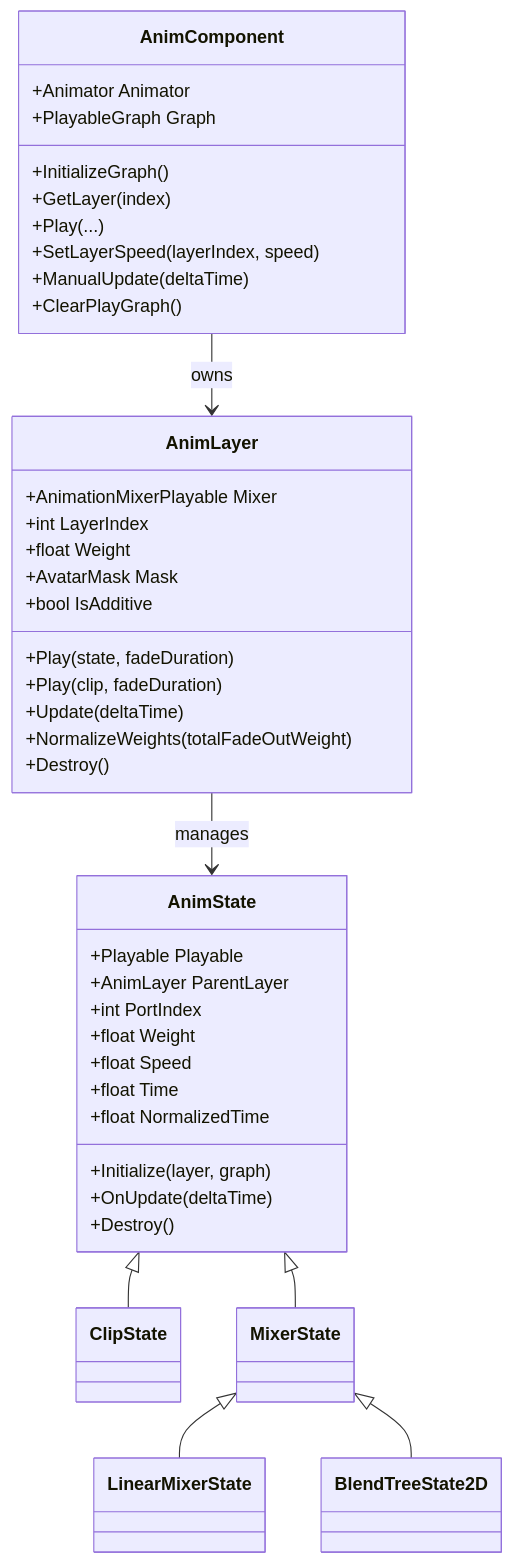
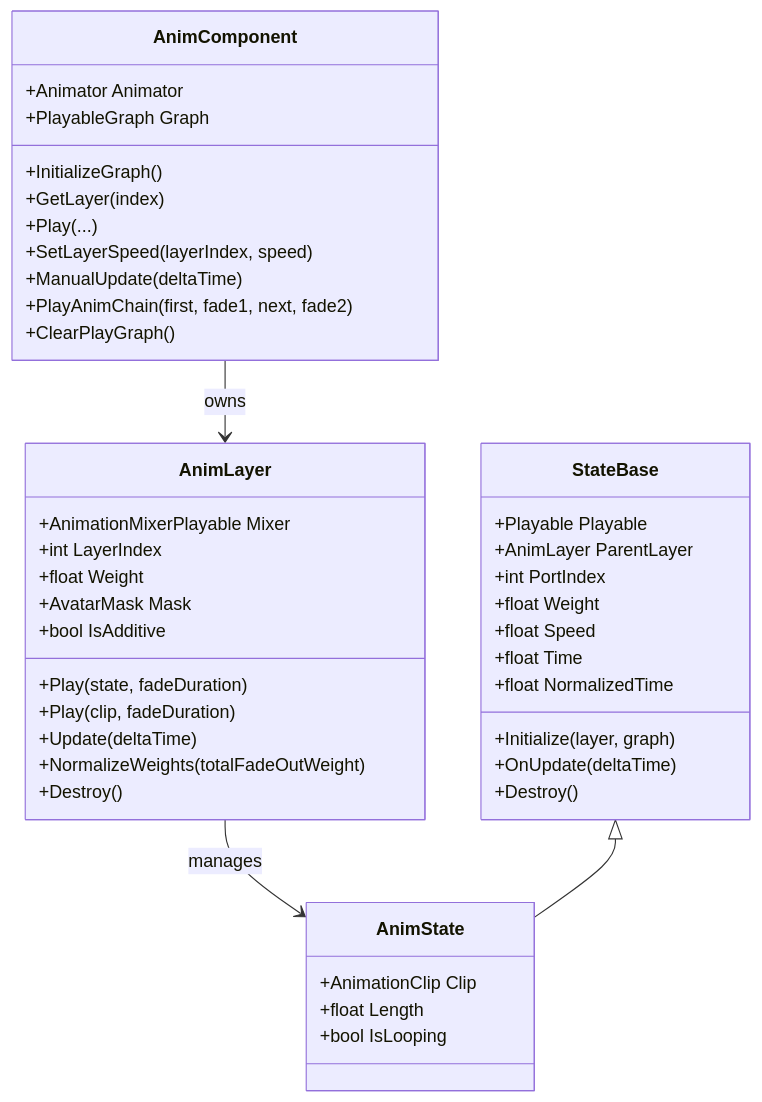
The first of 5 diagrams in Assets/GameClient/MAnimSystem/docs/MAnimSystem_设计架构与流程说明.md (JnkJoe-D/MMO), drawn with Mermaid before and after one commit. The commit also changed other lines of this file and 183 other files, not shown here.

````diff
--- a/Assets/GameClient/MAnimSystem/docs/MAnimSystem_设计架构与流程说明.md
+++ b/Assets/GameClient/MAnimSystem/docs/MAnimSystem_设计架构与流程说明.md
@@ -48,51 +50,50 @@
 ```mermaid
 classDiagram
     class AnimComponent {
       +Animator Animator
       +PlayableGraph Graph
       +InitializeGraph()
       +GetLayer(index)
       +Play(...)
       +SetLayerSpeed(layerIndex, speed)
       +ManualUpdate(deltaTime)
+      +PlayAnimChain(first, fade1, next, fade2)
       +ClearPlayGraph()
     }
 
     class AnimLayer {
       +AnimationMixerPlayable Mixer
       +int LayerIndex
       +float Weight
       +AvatarMask Mask
       +bool IsAdditive
       +Play(state, fadeDuration)
       +Play(clip, fadeDuration)
       +Update(deltaTime)
       +NormalizeWeights(totalFadeOutWeight)
       +Destroy()
     }
 
-    class AnimState {
+    class StateBase {
       +Playable Playable
       +AnimLayer ParentLayer
       +int PortIndex
       +float Weight
       +float Speed
       +float Time
       +float NormalizedTime
       +Initialize(layer, graph)
       +OnUpdate(deltaTime)
       +Destroy()
     }
 
-    class ClipState
-    class MixerState
-    class LinearMixerState
-    class BlendTreeState2D
+    class AnimState {
+      +AnimationClip Clip
+      +float Length
+      +bool IsLooping
+    }
 
     AnimComponent --> AnimLayer : owns
     AnimLayer --> AnimState : manages
-    AnimState <|-- ClipState
-    AnimState <|-- MixerState
-    MixerState <|-- LinearMixerState
-    MixerState <|-- BlendTreeState2D
+    StateBase <|-- AnimState
 ```
````
